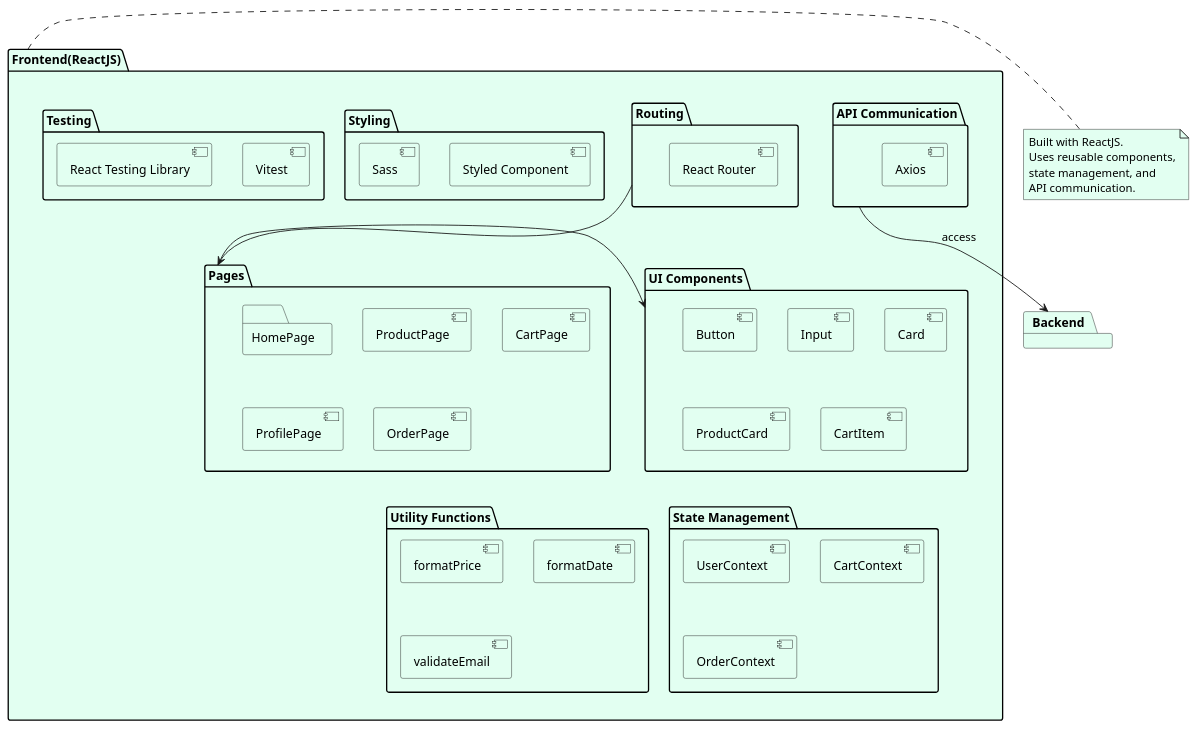
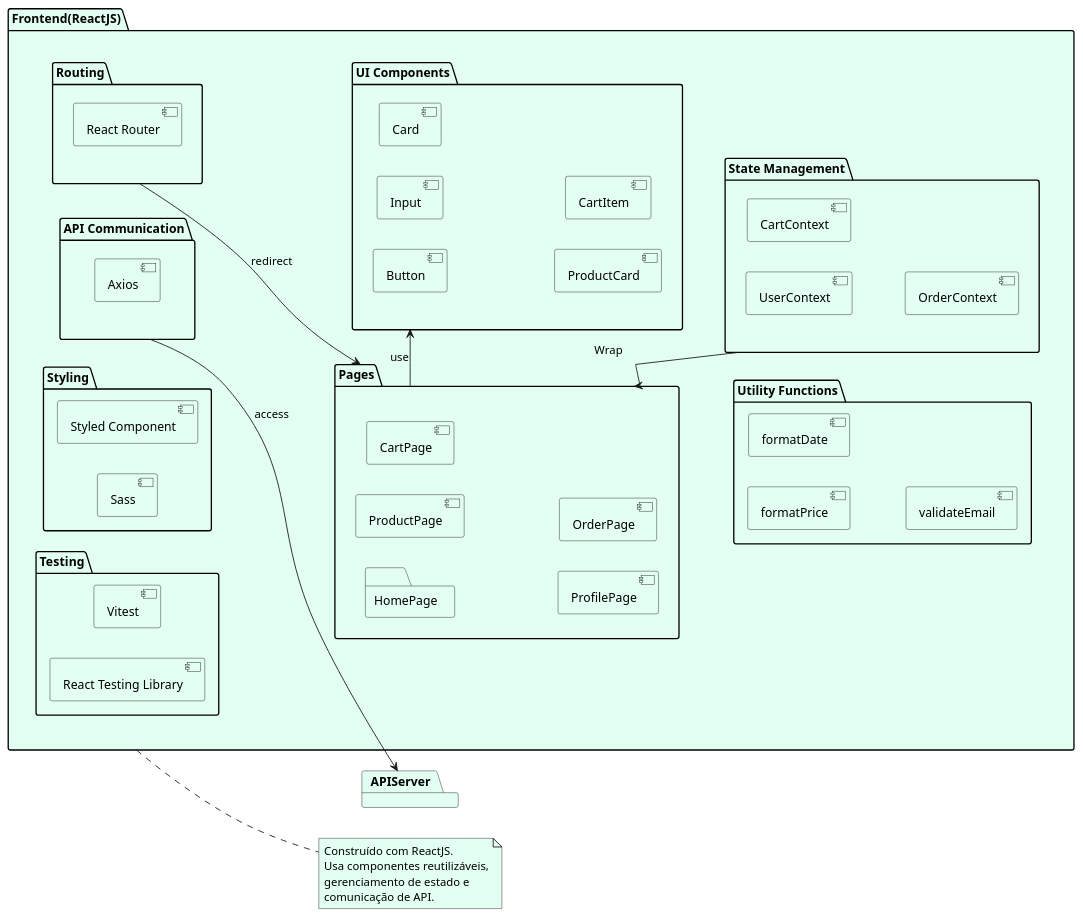
One commit to bruflor/comercio-vizinho changed the diagram in docs/diagrams/Frontend.puml. Above: the diagram before and after it, drawn with PlantUML.

Commit message:
Refactoring frontend diagram

```diff
--- a/docs/diagrams/Frontend.puml
+++ b/docs/diagrams/Frontend.puml
@@ -1,75 +1,76 @@
 @startuml
 <style>
 componentDiagram {
   BackGroundColor #e2fff1
 }
 document {
   BackGroundColor white
 }
 </style>
+left to right direction
 
-package Backend
+package APIServer
 
-' Ligações somente entre packages, não precisa especificar
 package  Frontend(ReactJS) {
     package "UI Components" {
         [Button]
         [Input]
         [Card]
         [ProductCard]
         [CartItem]
     }
 
     package "Pages" {
         folder HomePage
         [ProductPage]
         [CartPage]
         [ProfilePage]
         [OrderPage]
     }
 
     package "State Management" {
         [UserContext]
         [CartContext]
         [OrderContext]
     }
 
     package "Routing" {
         [React Router]
     }
 
     package "API Communication" {
         [Axios]
     }
 
     package "Styling" {
         [Styled Component]
         [Sass]
     }
 
     package "Utility Functions" {
         [formatPrice]
         [formatDate]
         [validateEmail]
     }
 
     package "Testing" {
         [Vitest]
         [React Testing Library]
     }
 }
 
 ' Relationships
 
-"Pages" --> "UI Components"
-"Routing" --> "Pages"
-"API Communication" --> Backend:access
+"Pages" --> "UI Components": use
+"Routing" --> "Pages": redirect
+"State Management" --> "Pages":Wrap
+"API Communication" --> APIServer:access
 
 note right of "Frontend(ReactJS)"
-  Built with ReactJS.
-  Uses reusable components,
-  state management, and
-  API communication.
+Construído com ReactJS.
+Usa componentes reutilizáveis,
+gerenciamento de estado e
+comunicação de API.
 end note
 
 @enduml
```
